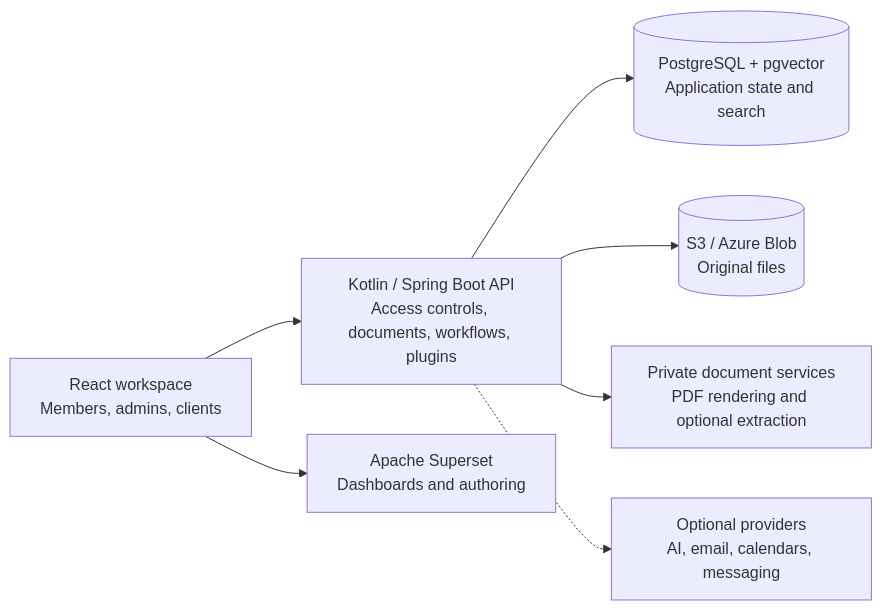
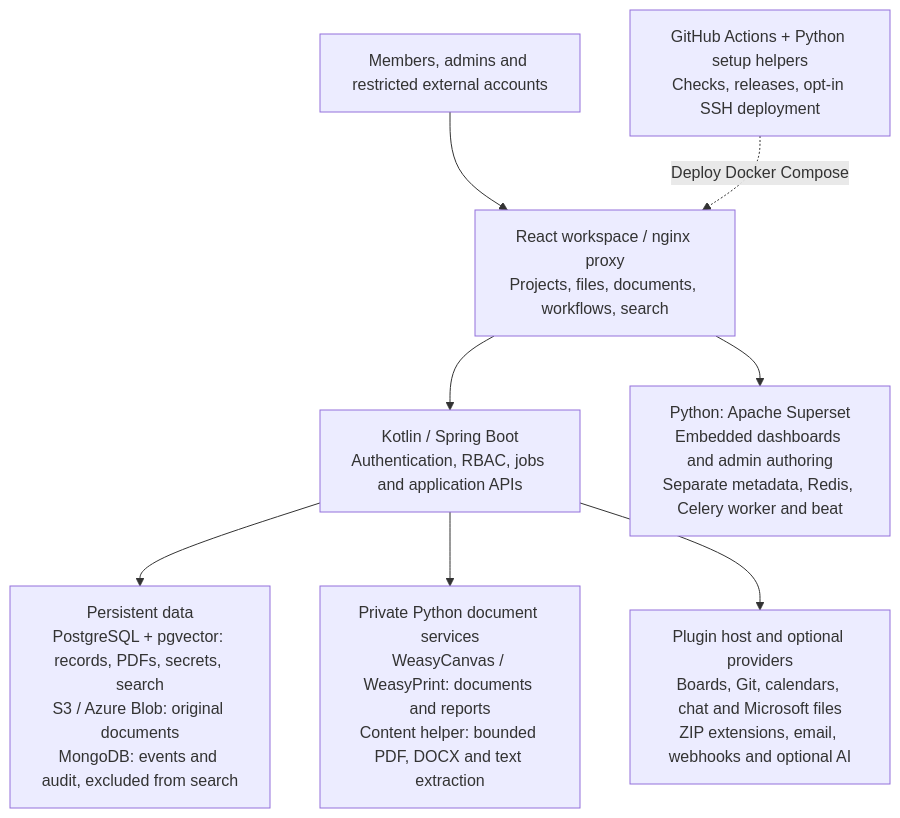
The diagram in README.md (GrahamCHill/Meshable-Ops), drawn with Mermaid before and after one commit. The commit also changed other lines of this file and 23 other files, not shown here.

````diff
--- a/README.md
+++ b/README.md
@@ -48,14 +40,15 @@
 ```mermaid
-flowchart LR
-    web["React workspace<br/>Members, admins, clients"]
-    api["Kotlin / Spring Boot API<br/>Access controls, documents, workflows, plugins"]
-    data[("PostgreSQL + pgvector<br/>Application state and search")]
-    files[("S3 / Azure Blob<br/>Original files")]
-    pdf["Private document services<br/>PDF rendering and optional extraction"]
-    insights["Apache Superset<br/>Dashboards and authoring"]
-    providers["Optional providers<br/>AI, email, calendars, messaging"]
-    web --> api
-    web --> insights
-    api --> data & files & pdf
-    api -.-> providers
+flowchart TB
+    users["Members, admins and restricted external accounts"]
+    web["React workspace / nginx proxy<br/>Projects, files, documents, workflows, search"]
+    api["Kotlin / Spring Boot<br/>Authentication, RBAC, jobs and application APIs"]
+    state["Persistent data<br/>PostgreSQL + pgvector: records, PDFs, secrets, search<br/>S3 / Azure Blob: original documents<br/>MongoDB: events and audit, excluded from search"]
+    python["Private Python document services<br/>WeasyCanvas / WeasyPrint: documents and reports<br/>Content helper: bounded PDF, DOCX and text extraction"]
+    plugins["Plugin host and optional providers<br/>Boards, Git, calendars, chat and Microsoft files<br/>ZIP extensions, email, webhooks and optional AI"]
+    analytics["Python: Apache Superset<br/>Embedded dashboards and admin authoring<br/>Separate metadata, Redis, Celery worker and beat"]
+    ci["GitHub Actions + Python setup helpers<br/>Checks, releases, opt-in SSH deployment"]
+    users --> web --> api
+    web --> analytics
+    api --> state & python & plugins
+    ci -. "Deploy Docker Compose" .-> web
 ```
````
